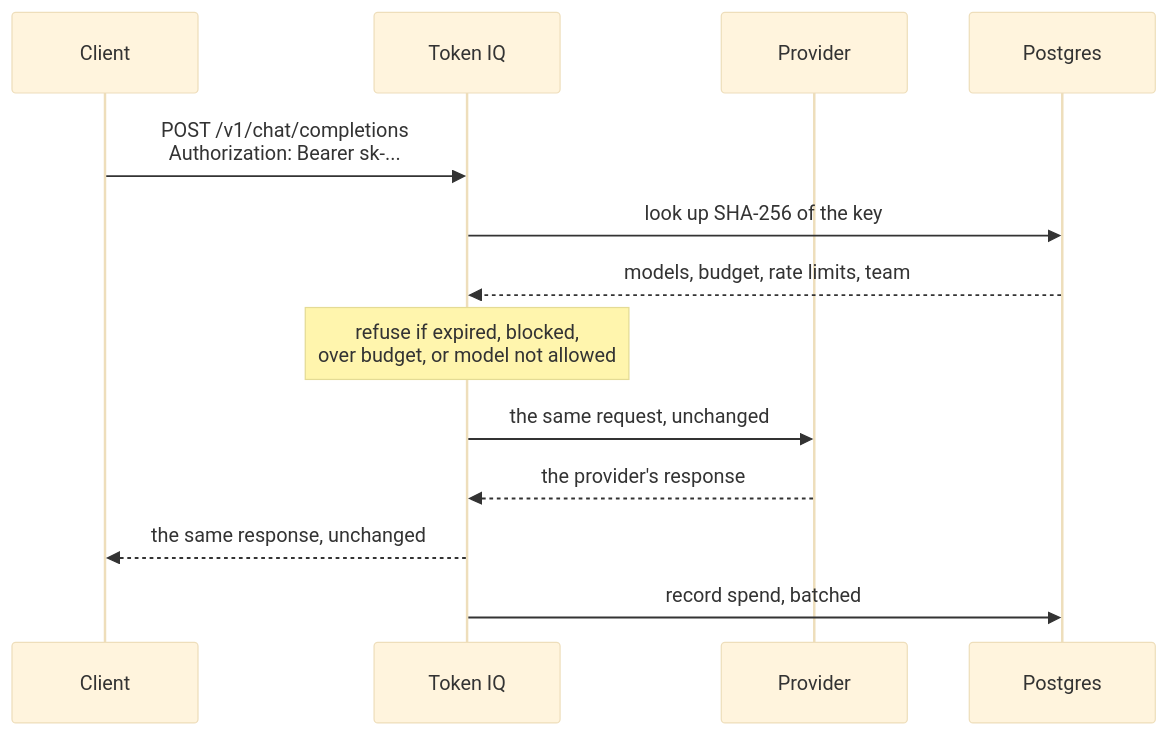
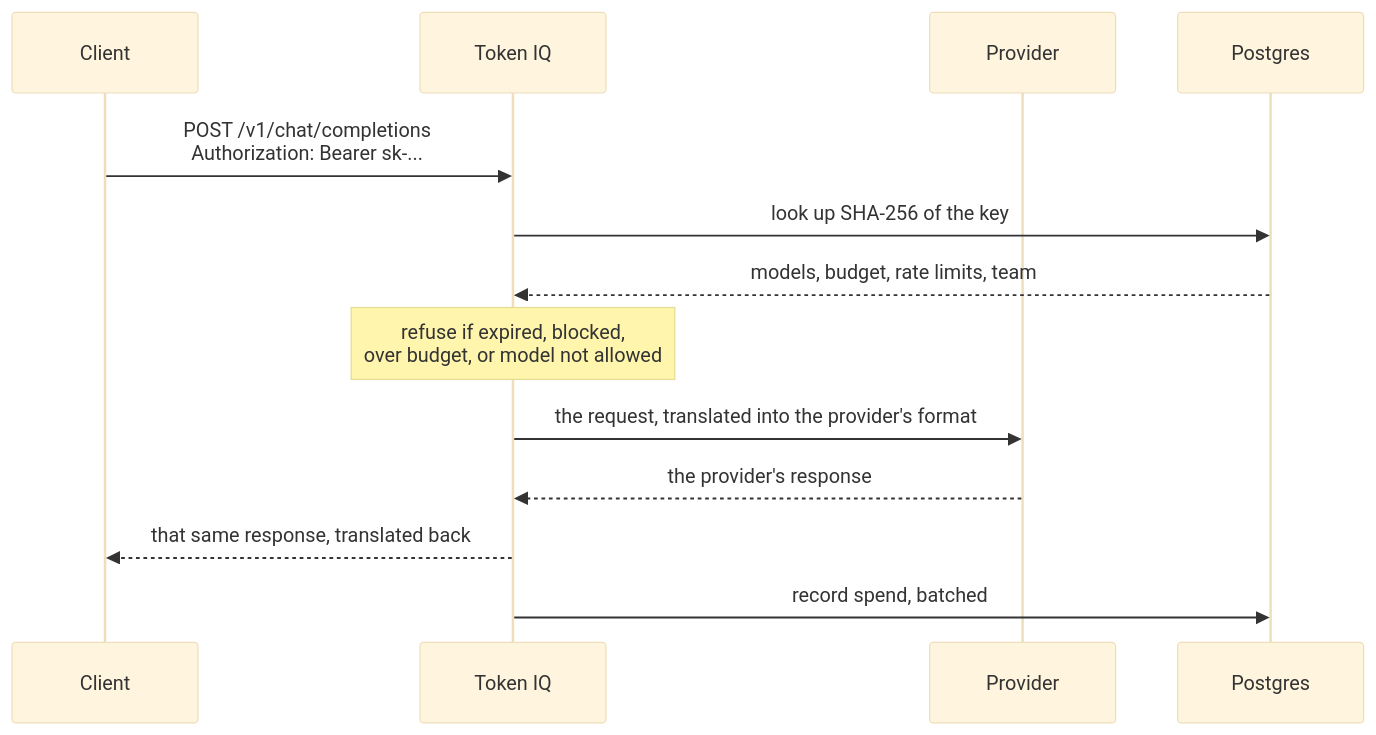
The second of 2 diagrams in README.md (eruvanikhil-nitco/Token_IQ_LLM), drawn with Mermaid (base theme) before and after one commit. The commit also changed other lines of this file, not shown here.

````diff
--- a/README.md
+++ b/README.md
@@ -64,16 +82,16 @@
 ```mermaid
 sequenceDiagram
     participant C as Client
     participant T as Token IQ
     participant P as Provider
     participant D as Postgres
 
     C->>T: POST /v1/chat/completions<br/>Authorization: Bearer sk-...
     T->>D: look up SHA-256 of the key
     D-->>T: models, budget, rate limits, team
     Note over T: refuse if expired, blocked,<br/>over budget, or model not allowed
-    T->>P: the same request, unchanged
+    T->>P: the request, translated into the provider's format
     P-->>T: the provider's response
-    T-->>C: the same response, unchanged
+    T-->>C: that same response, translated back
     T->>D: record spend, batched
 ```
````
